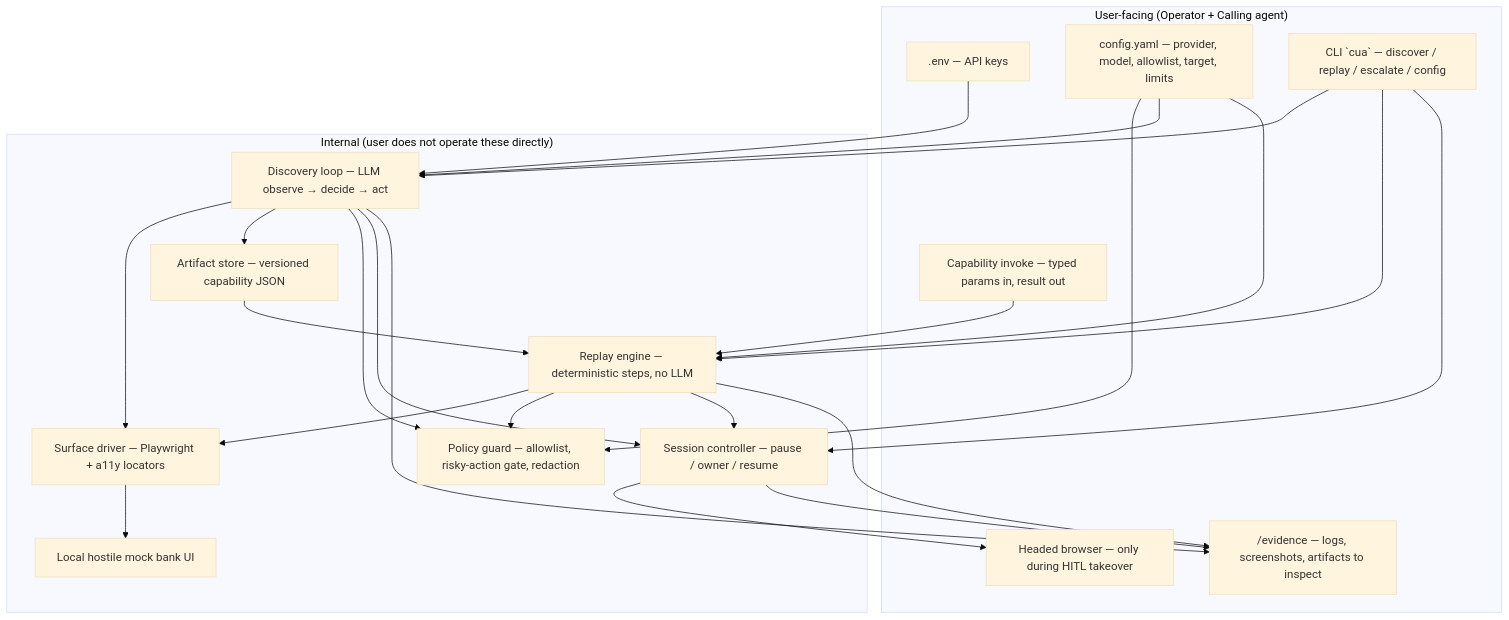
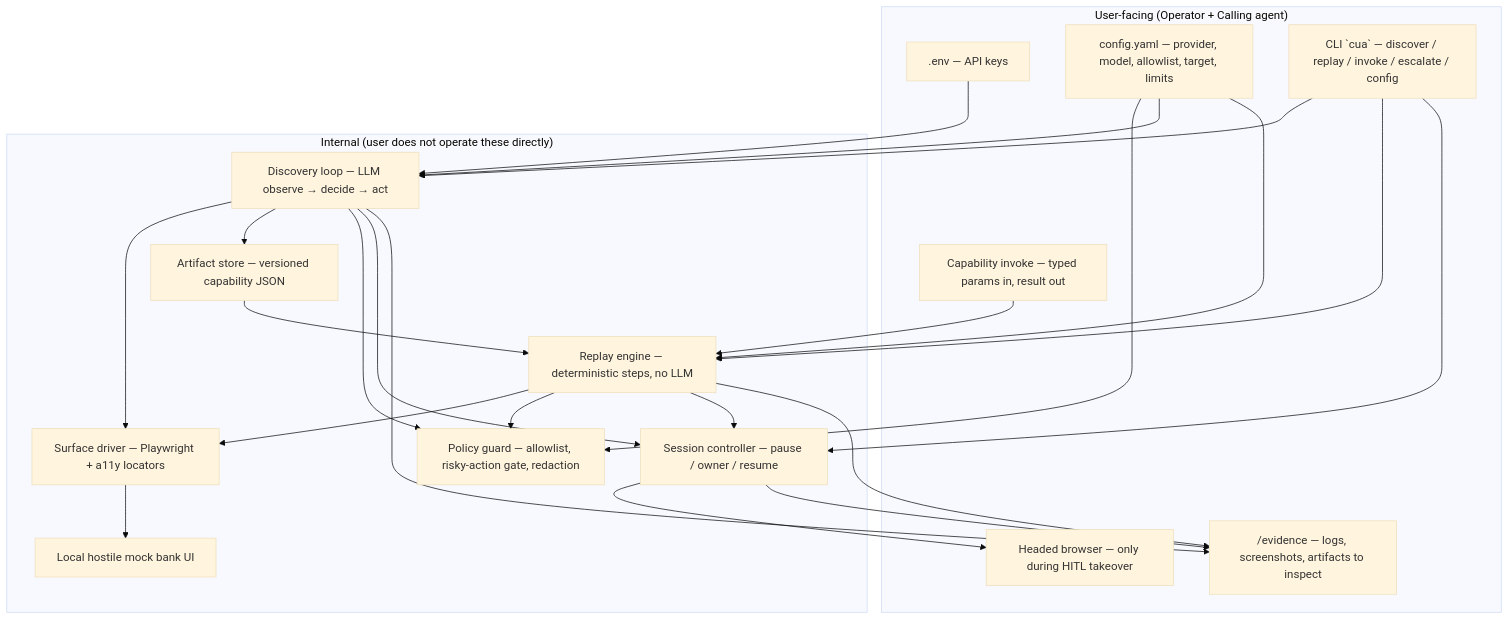
Before and after one commit to vishwaksena-dingari/computer-use-automation: the first of 10 diagrams in docs/ARCHITECTURE.md, drawn with Mermaid (base theme). The commit also changed other lines of this file and 5 other files, not shown here.

First line of the commit message:
Add cua invoke for typed capability calls (S9).

````diff
--- a/docs/ARCHITECTURE.md
+++ b/docs/ARCHITECTURE.md
@@ -25,43 +25,43 @@
 ```mermaid
 flowchart TB
   subgraph USER["User-facing (Operator + Calling agent)"]
     ENV[".env — API keys"]
     CFG["config.yaml — provider, model, allowlist, target, limits"]
-    CLI["CLI `cua` — discover / replay / escalate / config"]
+    CLI["CLI `cua` — discover / replay / invoke / escalate / config"]
     CAP_IO["Capability invoke — typed params in, result out"]
     BROWSER["Headed browser — only during HITL takeover"]
     EVIDENCE["/evidence — logs, screenshots, artifacts to inspect"]
   end
 
   subgraph INTERNAL["Internal (user does not operate these directly)"]
     DISCOVER["Discovery loop — LLM observe → decide → act"]
     ARTIFACT["Artifact store — versioned capability JSON"]
     REPLAY["Replay engine — deterministic steps, no LLM"]
     POLICY["Policy guard — allowlist, risky-action gate, redaction"]
     SESSION["Session controller — pause / owner / resume"]
     SURFACE["Surface driver — Playwright + a11y locators"]
     MOCKAPP["Local hostile mock bank UI"]
   end
 
   ENV --> DISCOVER
   CFG --> POLICY
   CFG --> DISCOVER
   CFG --> REPLAY
   CLI --> DISCOVER
   CLI --> REPLAY
   CLI --> SESSION
   CAP_IO --> REPLAY
   DISCOVER --> SURFACE
   REPLAY --> SURFACE
   SURFACE --> MOCKAPP
   DISCOVER --> ARTIFACT
   ARTIFACT --> REPLAY
   DISCOVER --> POLICY
   REPLAY --> POLICY
   DISCOVER --> SESSION
   REPLAY --> SESSION
   SESSION --> BROWSER
   DISCOVER --> EVIDENCE
   REPLAY --> EVIDENCE
   SESSION --> EVIDENCE
 ```
````
